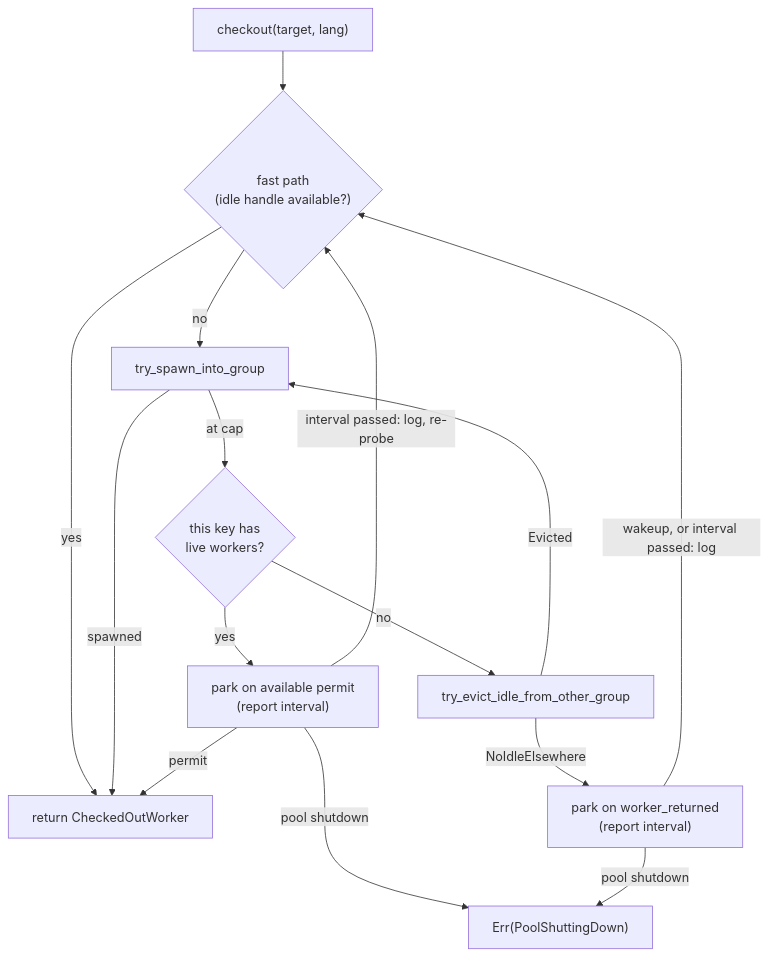
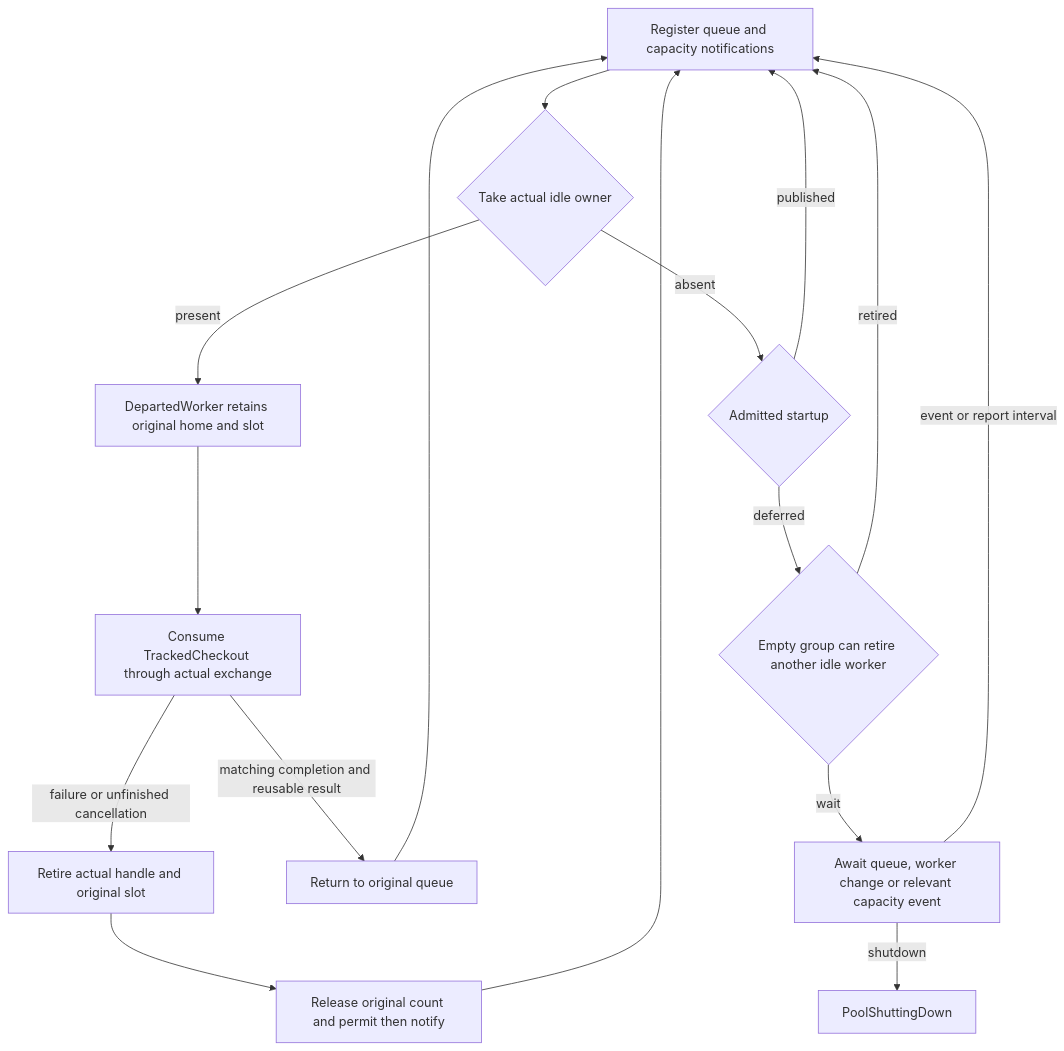
One commit to FranklinChen/talkbank-tools changed the tenth of 15 diagrams in book/src/architecture/runtime/batchalign-workers.md. Above: the diagram before and after it, drawn with Mermaid. The commit also changed other lines of this file and 204 other files, not shown here.

````diff
--- a/book/src/architecture/runtime/batchalign-workers.md
+++ b/book/src/architecture/runtime/batchalign-workers.md
@@ -399,17 +449,18 @@
 ```mermaid
 flowchart TD
-    CO["checkout(target, lang)"] --> FP{"fast path\n(idle handle available?)"}
-    FP -- yes --> RET["return CheckedOutWorker"]
-    FP -- no --> SP["try_spawn_into_group"]
-    SP -- spawned --> RET
-    SP -- at cap --> HASW{"this key has\nlive workers?"}
-    HASW -- yes --> AWAIT1["park on available permit\n(report interval)"]
-    HASW -- no --> EV["try_evict_idle_from_other_group"]
-    EV -- Evicted --> SP
-    EV -- NoIdleElsewhere --> AWAIT2["park on worker_returned\n(report interval)"]
-    AWAIT1 -- permit --> RET
-    AWAIT1 -- interval passed: log, re-probe --> FP
-    AWAIT2 -- wakeup, or interval passed: log --> FP
-    AWAIT1 -- pool shutdown --> STOP["Err(PoolShuttingDown)"]
-    AWAIT2 -- pool shutdown --> STOP
+    register["Register queue and capacity notifications"] --> take{"Take actual idle owner"}
+    take -- present --> departure["DepartedWorker retains original home and slot"]
+    take -- absent --> spawn{"Admitted startup"}
+    spawn -- published --> register
+    spawn -- deferred --> evict{"Empty group can retire another idle worker"}
+    evict -- retired --> register
+    evict -- wait --> park["Await queue, worker change or relevant capacity event"]
+    park -- event or report interval --> register
+    park -- shutdown --> stop["PoolShuttingDown"]
+    departure --> run["Consume TrackedCheckout through actual exchange"]
+    run -- matching completion and reusable result --> home["Return to original queue"]
+    run -- failure or unfinished cancellation --> retire["Retire actual handle and original slot"]
+    home --> register
+    retire --> refund["Release original count and permit then notify"]
+    refund --> register
 ```
````
